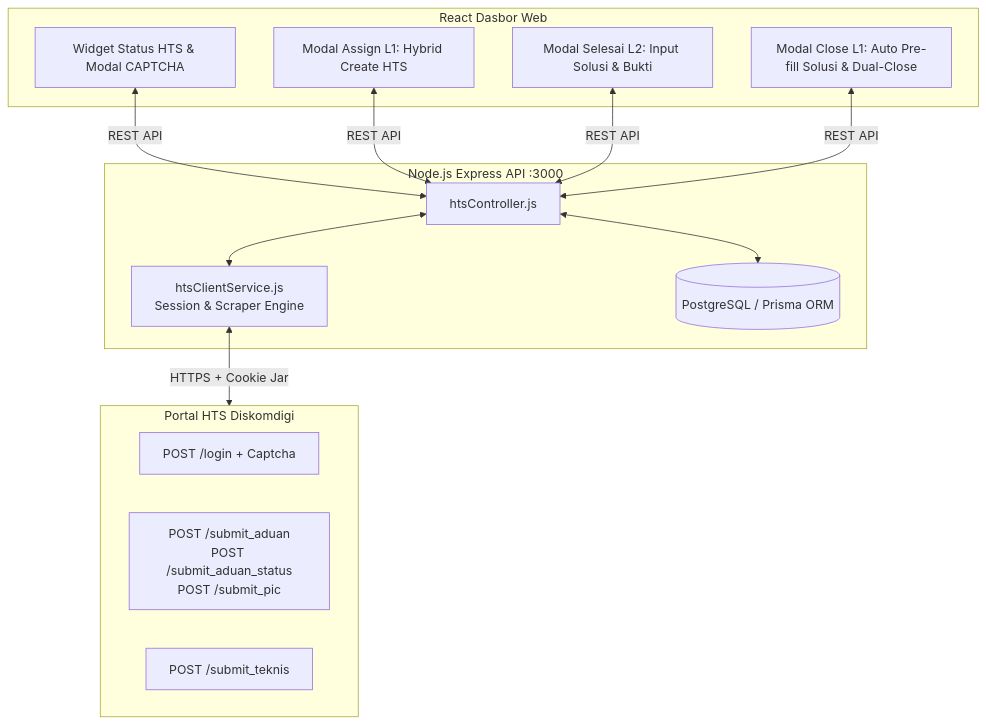
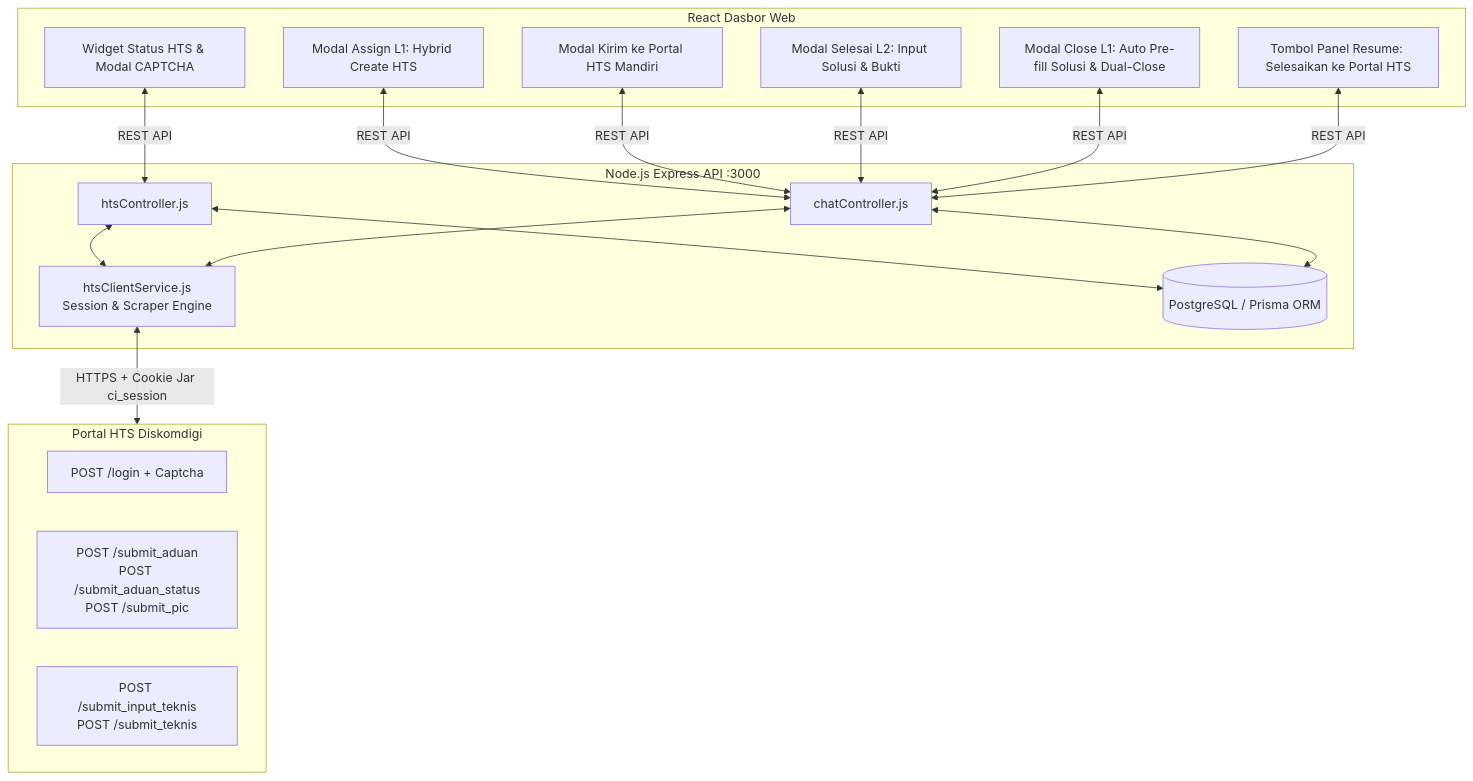
Before and after one commit to llaurensius/hts-chat-integration: the diagram in docs/Implementation_Plan_V3.md, drawn with Mermaid. The commit also changed other lines of this file and 11 other files, not shown here.

Commit message:
feat(hts): sinkronisasi PIC penerima-penanganan, tombol selesaikan hts, dan pembaruan menyeluruh dokumentasi v3

````diff
--- a/docs/Implementation_Plan_V3.md
+++ b/docs/Implementation_Plan_V3.md
@@ -13,30 +12,37 @@
 ```mermaid
 flowchart TD
     subgraph Frontend [React Dasbor Web]
         UI_CAPTCHA[Widget Status HTS & Modal CAPTCHA]
         UI_ASSIGN[Modal Assign L1: Hybrid Create HTS]
+        UI_SYNC[Modal Kirim ke Portal HTS Mandiri]
         UI_L2[Modal Selesai L2: Input Solusi & Bukti]
         UI_CLOSE[Modal Close L1: Auto Pre-fill Solusi & Dual-Close]
+        UI_PENDING[Tombol Panel Resume: Selesaikan ke Portal HTS]
     end
 
     subgraph Backend [Node.js Express API :3000]
         CTRL_HTS[htsController.js]
+        CTRL_CHAT[chatController.js]
         SVC_HTS[htsClientService.js<br/>Session & Scraper Engine]
         DB[(PostgreSQL / Prisma ORM)]
     end
 
     subgraph Portal_HTS [Portal HTS Diskomdigi]
         HTS_AUTH[POST /login + Captcha]
         HTS_CREATE[POST /submit_aduan<br/>POST /submit_aduan_status<br/>POST /submit_pic]
-        HTS_SOLVE[POST /submit_teknis]
+        HTS_SOLVE[POST /submit_input_teknis<br/>POST /submit_teknis]
     end
 
     UI_CAPTCHA <-->|REST API| CTRL_HTS
-    UI_ASSIGN <-->|REST API| CTRL_HTS
-    UI_L2 <-->|REST API| CTRL_HTS
-    UI_CLOSE <-->|REST API| CTRL_HTS
+    UI_ASSIGN <-->|REST API| CTRL_CHAT
+    UI_SYNC <-->|REST API| CTRL_CHAT
+    UI_L2 <-->|REST API| CTRL_CHAT
+    UI_CLOSE <-->|REST API| CTRL_CHAT
+    UI_PENDING <-->|REST API| CTRL_CHAT
 
     CTRL_HTS <--> SVC_HTS
+    CTRL_CHAT <--> SVC_HTS
     CTRL_HTS <--> DB
-    SVC_HTS <-->|HTTPS + Cookie Jar| Portal_HTS
+    CTRL_CHAT <--> DB
+    SVC_HTS <-->|HTTPS + Cookie Jar ci_session| Portal_HTS
 ```
````
